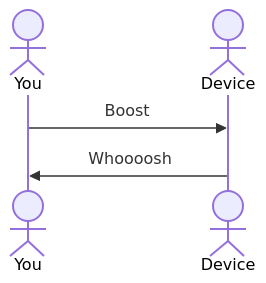
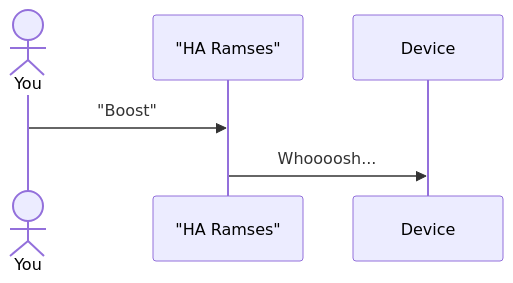
One commit to silverailscolo/ramses_cc changed the diagram in docs/source/index.rst. Above: the diagram before and after it, drawn with Mermaid.

```diff
--- a/docs/source/index.rst
+++ b/docs/source/index.rst
@@ -8,7 +8,6 @@
 .. mermaid::
 
     sequenceDiagram
         actor You
-        actor Device
-        You->>Device: Boost
-        Device->>You: Whoooosh
+        You->>"HA Ramses": "Boost"
+        "HA Ramses"->>Device: Whoooosh...
```
